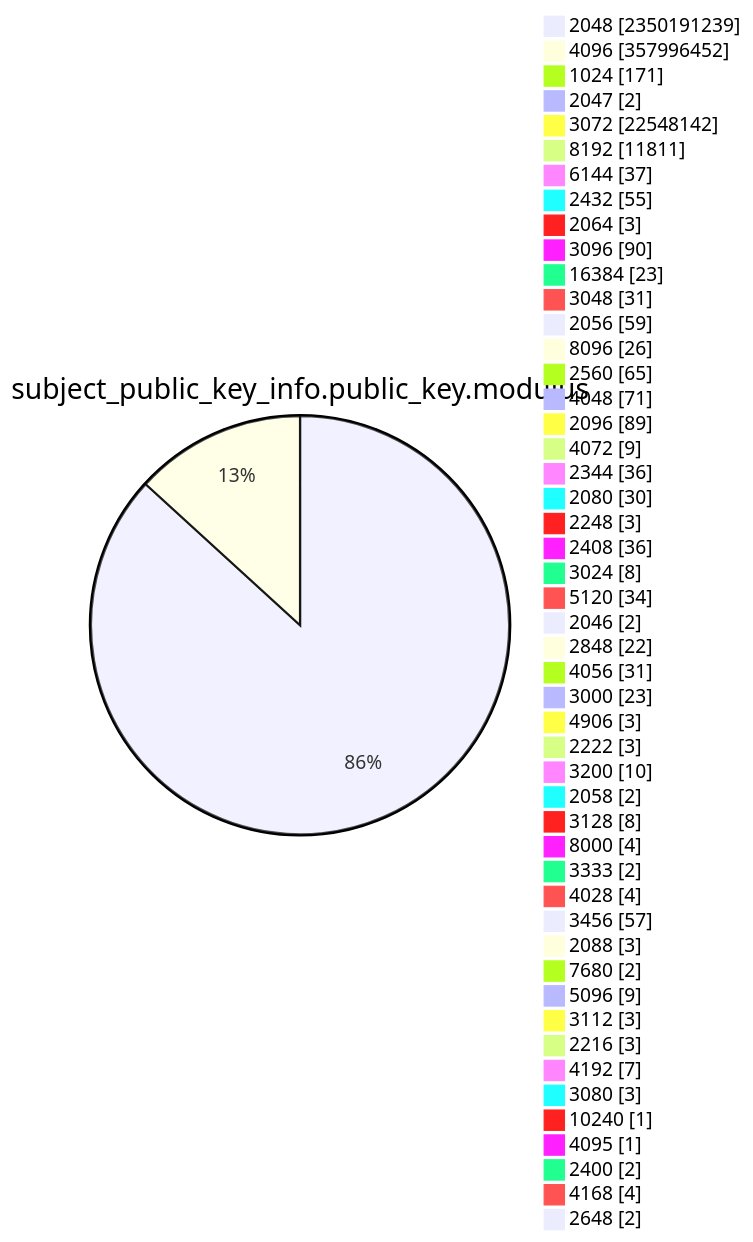
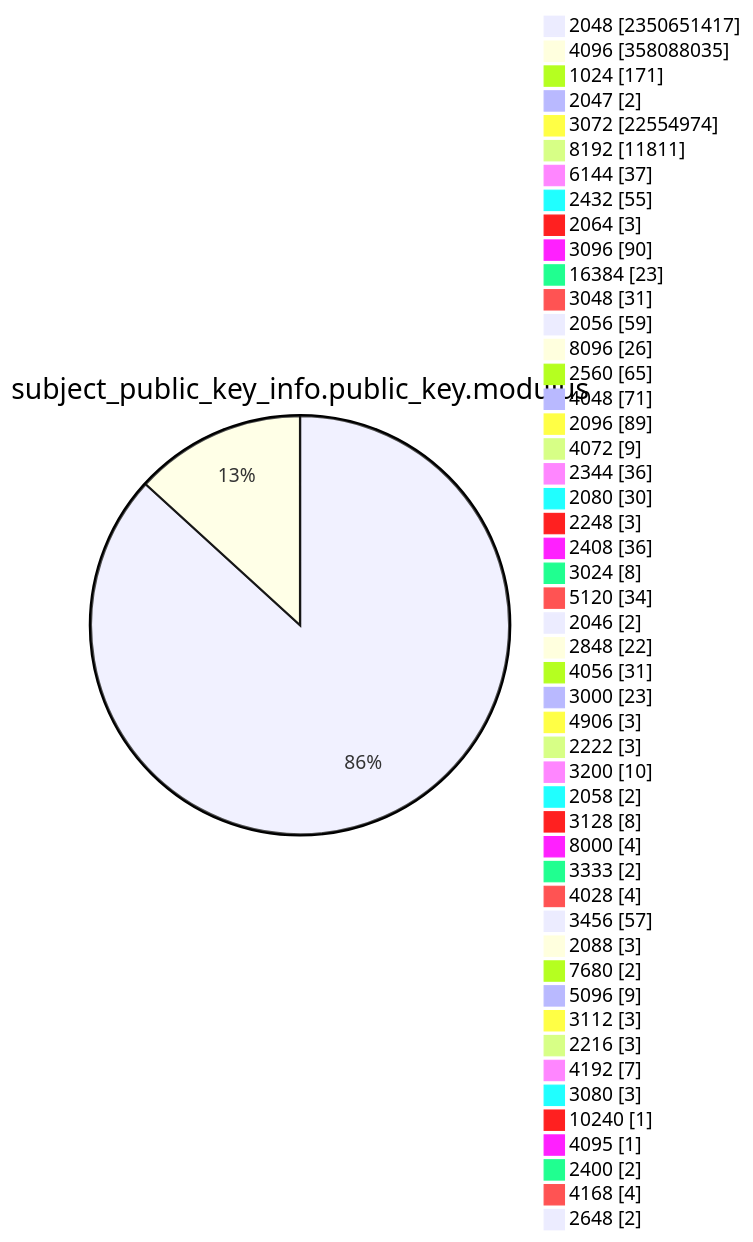
Diagram 13 of 15 in TOTAL/README.md (christiankrug/ctmonitor_visualization), drawn with Mermaid before and after one commit. The commit also changed other lines of this file, not shown here.

````diff
--- a/TOTAL/README.md
+++ b/TOTAL/README.md
@@ -4167,53 +4167,53 @@
 ```mermaid
 pie showData
 title subject_public_key_info.public_key.modulus
-"2048" :2350191239
-"4096" :357996452
+"2048" :2350651417
+"4096" :358088035
 "1024" :171
 "2047" :2
-"3072" :22548142
+"3072" :22554974
 "8192" :11811
 "6144" :37
 "2432" :55
 "2064" :3
 "3096" :90
 "16384" :23
 "3048" :31
 "2056" :59
 "8096" :26
 "2560" :65
 "4048" :71
 "2096" :89
 "4072" :9
 "2344" :36
 "2080" :30
 "2248" :3
 "2408" :36
 "3024" :8
 "5120" :34
 "2046" :2
 "2848" :22
 "4056" :31
 "3000" :23
 "4906" :3
 "2222" :3
 "3200" :10
 "2058" :2
 "3128" :8
 "8000" :4
 "3333" :2
 "4028" :4
 "3456" :57
 "2088" :3
 "7680" :2
 "5096" :9
 "3112" :3
 "2216" :3
 "4192" :7
 "3080" :3
 "10240" :1
 "4095" :1
 "2400" :2
 "4168" :4
 "2648" :2
 ```
````
